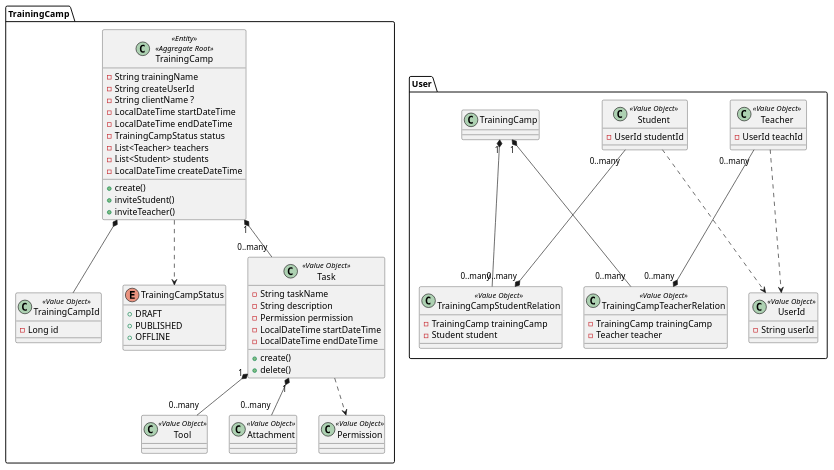
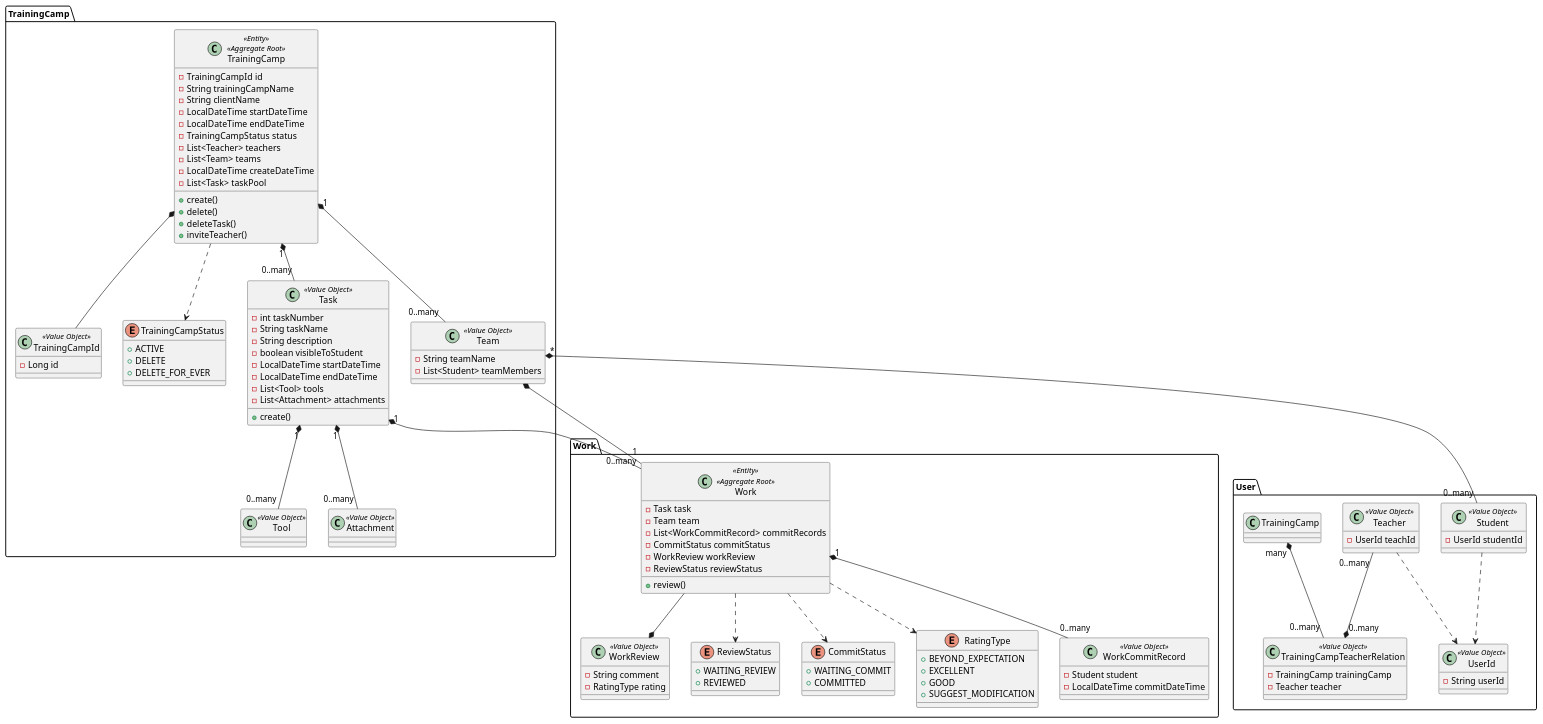
One commit to baggio-wangpu/DDD changed the diagram in src/main/java/com/bee/master/domain/course/TrainingCamp.puml. Above: the diagram before and after it, drawn with PlantUML.

Commit message:
Edited TrainingCamp uml

```diff
--- a/src/main/java/com/bee/master/domain/course/TrainingCamp.puml
+++ b/src/main/java/com/bee/master/domain/course/TrainingCamp.puml
@@ -1,91 +1,140 @@
 @startuml
 
 package "TrainingCamp" {
 
     class TrainingCamp <<Entity>> <<Aggregate Root>> {
-        - String trainingName
-        - String createUserId
-        - String clientName ?
+        - TrainingCampId id
+        - String trainingCampName
+        - String clientName
         - LocalDateTime startDateTime
         - LocalDateTime endDateTime
         - TrainingCampStatus status
         - List<Teacher> teachers
-        - List<Student> students
+        - List<Team> teams
         - LocalDateTime createDateTime
+        - List<Task> taskPool
         + create()
-        + inviteStudent()
+        + delete()
+        + deleteTask()
         + inviteTeacher()
     }
 
     class TrainingCampId <<Value Object>> {
         - Long id
     }
 
     enum TrainingCampStatus{
-        + DRAFT
-        + PUBLISHED
-        + OFFLINE
+        + ACTIVE
+        + DELETE
+        + DELETE_FOR_EVER
     }
 
     class Task <<Value Object>> {
+        - int taskNumber
         - String taskName
         - String description
-        - Permission permission
+        - boolean visibleToStudent
         - LocalDateTime startDateTime
         - LocalDateTime endDateTime
+        - List<Tool> tools
+        - List<Attachment> attachments
         + create()
-        + delete()
     }
 
     class Tool <<Value Object>> {
-
     }
 
     class Attachment <<Value Object>> {
     }
 
-    class Permission <<Value Object>> {
-
+    class Team <<Value Object>> {
+        - String teamName
+        - List<Student> teamMembers
     }
 
     TrainingCamp *--  TrainingCampId
     TrainingCamp ..> TrainingCampStatus
     TrainingCamp "1" *-- "0..many" Task
+    TrainingCamp "1" *-- "0..many" Team
     Task "1" *-- "0..many" Tool
     Task "1" *-- "0..many" Attachment
-    Task ..> Permission
-
 }
 
 package "User" {
 
     class UserId <<Value Object>> {
         - String userId
     }
 
     class Teacher <<Value Object>> {
         - UserId teachId
     }
 
     class Student <<Value Object>> {
         - UserId studentId
     }
 
     class TrainingCampTeacherRelation <<Value Object>> {
         - TrainingCamp trainingCamp
         - Teacher teacher
     }
 
-    class TrainingCampStudentRelation <<Value Object>> {
-        - TrainingCamp trainingCamp
-        - Student student
-    }
-
     Teacher ..> UserId
     Student ..> UserId
     Teacher "0..many" --* "0..many"  TrainingCampTeacherRelation
-    Student "0..many" --* "0..many"  TrainingCampStudentRelation
-    TrainingCamp "1" *-- "0..many" TrainingCampTeacherRelation
-    TrainingCamp "1" *-- "0..many" TrainingCampStudentRelation
+    TrainingCamp "many" *-- "0..many" TrainingCampTeacherRelation
+    Team "*" *-- "0..many" Student
 }
+
+package "Work" {
+
+    class Work <<Entity>> <<Aggregate Root>> {
+        - Task task
+        - Team team
+        - List<WorkCommitRecord> commitRecords
+        - CommitStatus commitStatus
+        - WorkReview workReview
+        - ReviewStatus reviewStatus
+        + review()
+    }
+
+    class WorkReview <<Value Object>> {
+        - String comment
+        - RatingType rating
+    }
+
+    enum ReviewStatus {
+        + WAITING_REVIEW
+        + REVIEWED
+    }
+
+    enum CommitStatus {
+        + WAITING_COMMIT
+        + COMMITTED
+    }
+
+
+    enum RatingType {
+        + BEYOND_EXPECTATION
+        + EXCELLENT
+        + GOOD
+        + SUGGEST_MODIFICATION
+    }
+
+    class WorkCommitRecord <<Value Object>> {
+        - Student student
+        - LocalDateTime commitDateTime
+    }
+
+    Task "1" *-- "0..many" Work
+    Work ..> RatingType
+    Work ..> ReviewStatus
+    Work ..> CommitStatus
+    Work "1" *-- "0..many" WorkCommitRecord
+    Work "1" --* Team
+    Work  --* WorkReview
+
+}
+
+
 @enduml
```
